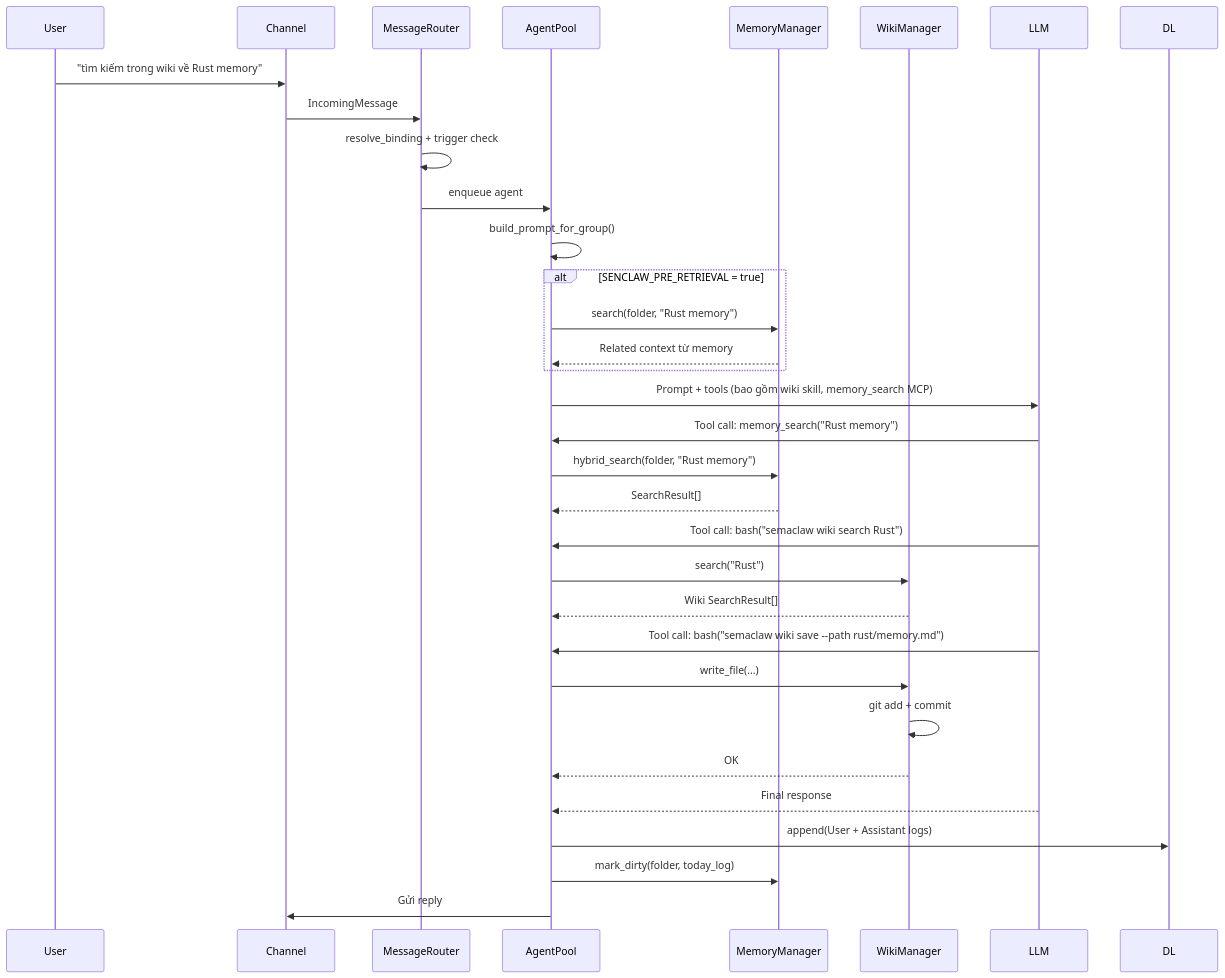
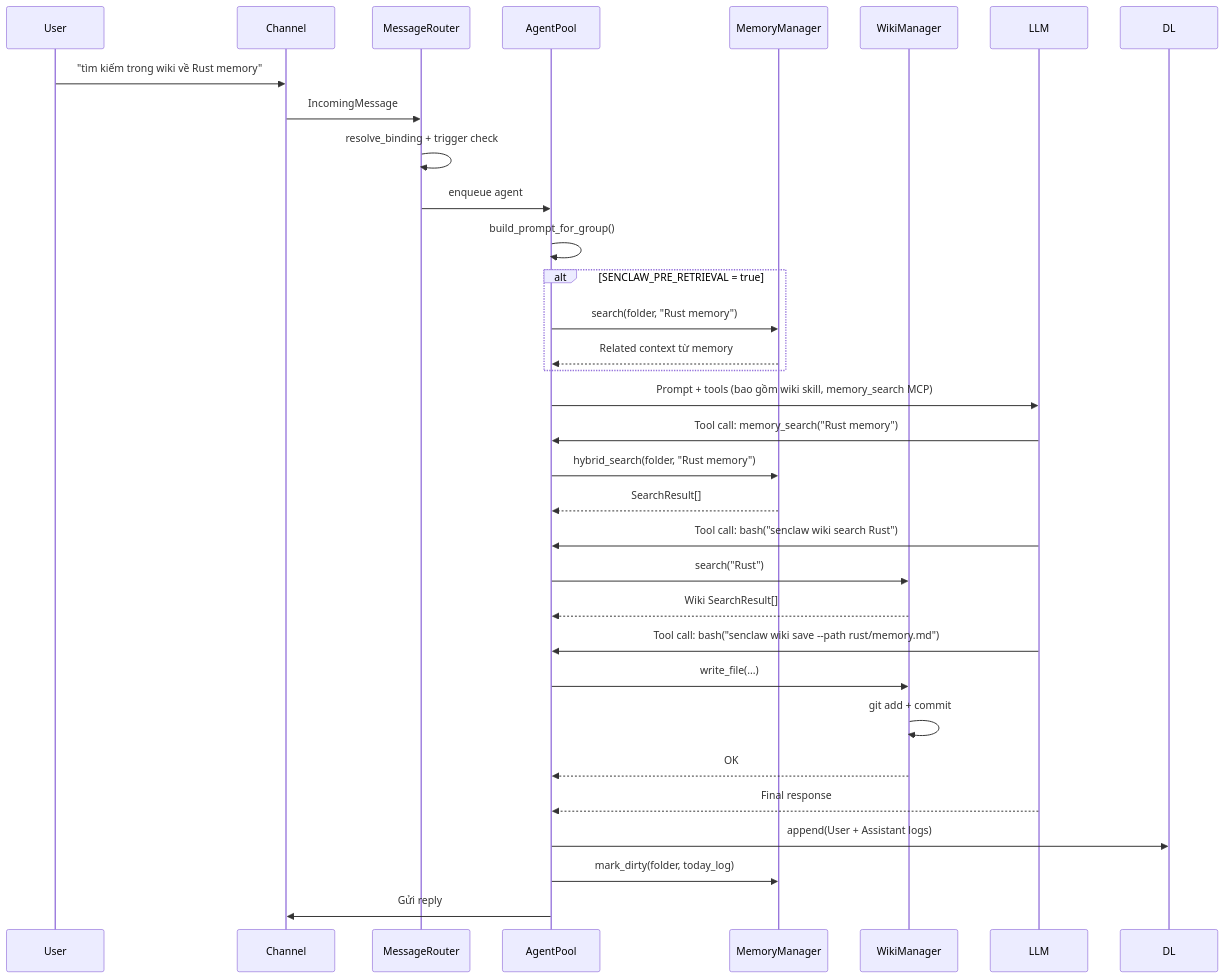
One commit to NortonBen/SenClaw changed the tenth of 10 diagrams in docs/memory.md. Above: the diagram before and after it, drawn with Mermaid. The commit also changed other lines of this file and 236 other files, not shown here.

````diff
--- a/docs/memory.md
+++ b/docs/memory.md
@@ -593,42 +593,42 @@
 ```mermaid
 sequenceDiagram
     participant User
     participant Channel
     participant MR as MessageRouter
     participant AP as AgentPool
     participant MM as MemoryManager
     participant WM as WikiManager
     participant LLM as LLM
 
     User->>Channel: "tìm kiếm trong wiki về Rust memory"
     Channel->>MR: IncomingMessage
     MR->>MR: resolve_binding + trigger check
     MR->>AP: enqueue agent
 
     AP->>AP: build_prompt_for_group()
     
     alt SENCLAW_PRE_RETRIEVAL = true
         AP->>MM: search(folder, "Rust memory")
         MM-->>AP: Related context từ memory
     end
 
     AP->>LLM: Prompt + tools (bao gồm wiki skill, memory_search MCP)
     
     LLM->>AP: Tool call: memory_search("Rust memory")
     AP->>MM: hybrid_search(folder, "Rust memory")
     MM-->>AP: SearchResult[]
 
-    LLM->>AP: Tool call: bash("semaclaw wiki search Rust")
+    LLM->>AP: Tool call: bash("senclaw wiki search Rust")
     AP->>WM: search("Rust")
     WM-->>AP: Wiki SearchResult[]
 
-    LLM->>AP: Tool call: bash("semaclaw wiki save --path rust/memory.md")
+    LLM->>AP: Tool call: bash("senclaw wiki save --path rust/memory.md")
     AP->>WM: write_file(...)
     WM->>WM: git add + commit
     WM-->>AP: OK
 
     LLM-->>AP: Final response
     AP->>DL: append(User + Assistant logs)
     AP->>MM: mark_dirty(folder, today_log)
     AP->>Channel: Gửi reply
 ```
````
